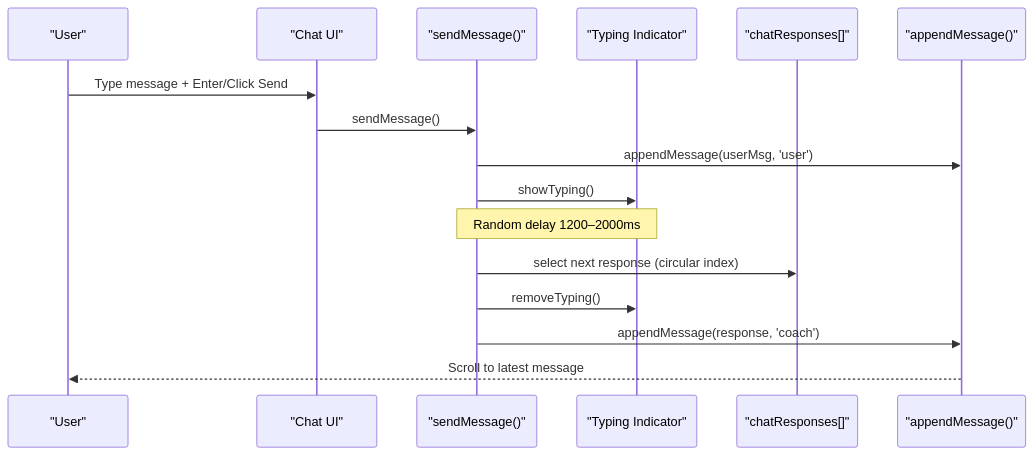
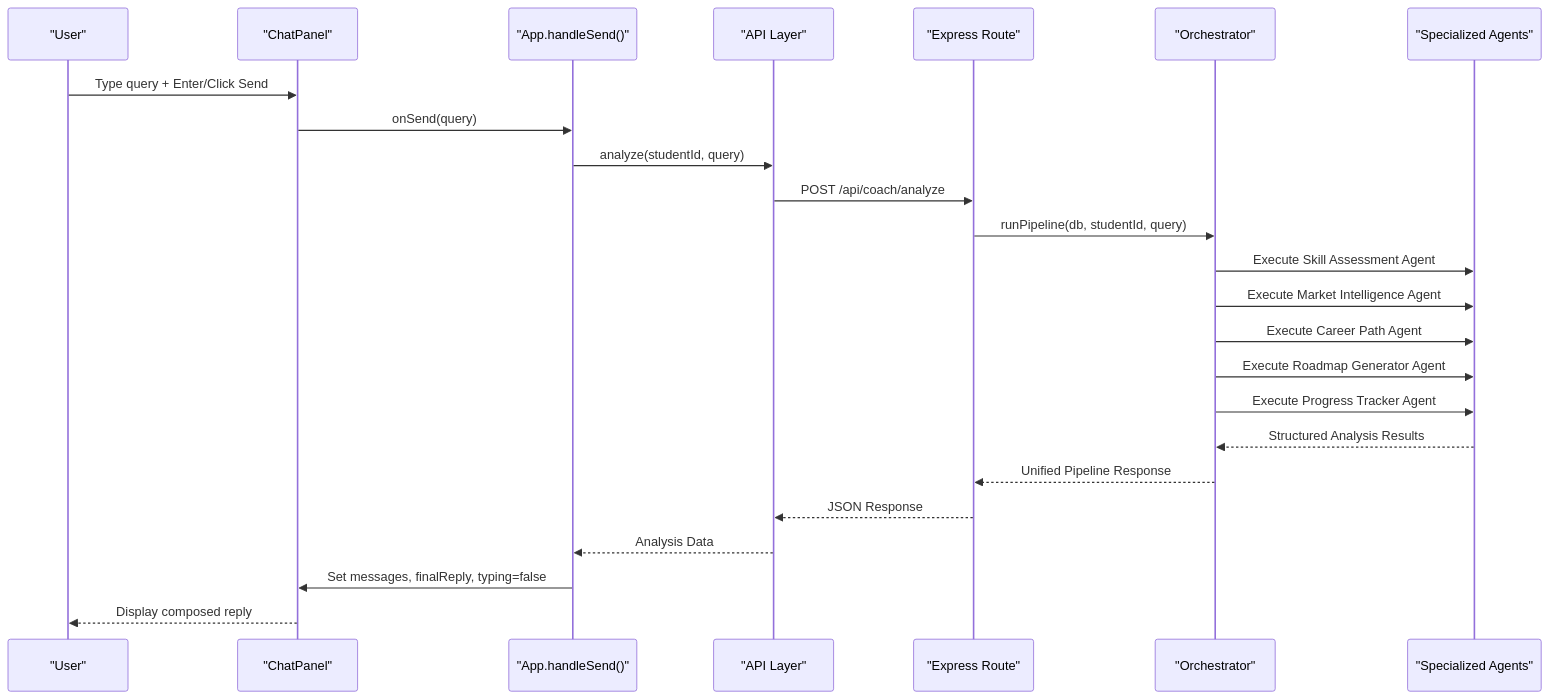
One commit to Alishba-Moin/CareerCompass changed the second of 3 diagrams in .qoder/repowiki/en/content/Core Features/AI Career Coach Interface.md. Above: the diagram before and after it, drawn with Mermaid. The commit also changed other lines of this file and 38 other files, not shown here.

Commit message:
Add Roadmap pdf download option

````diff
--- a/.qoder/repowiki/en/content/Core Features/AI Career Coach Interface.md
+++ b/.qoder/repowiki/en/content/Core Features/AI Career Coach Interface.md
@@ -78,18 +94,26 @@
 ```mermaid
 sequenceDiagram
 participant U as "User"
-participant C as "Chat UI"
-participant M as "sendMessage()"
-participant T as "Typing Indicator"
-participant R as "chatResponses[]"
-participant A as "appendMessage()"
-U->>C : Type message + Enter/Click Send
-C->>M : sendMessage()
-M->>A : appendMessage(userMsg, 'user')
-M->>T : showTyping()
-Note over M,T : Random delay 1200–2000ms
-M->>R : select next response (circular index)
-M->>T : removeTyping()
-M->>A : appendMessage(response, 'coach')
-A-->>U : Scroll to latest message
+participant C as "ChatPanel"
+participant A as "App.handleSend()"
+participant API as "API Layer"
+participant R as "Express Route"
+participant O as "Orchestrator"
+participant G as "Specialized Agents"
+U->>C : Type query + Enter/Click Send
+C->>A : onSend(query)
+A->>API : analyze(studentId, query)
+API->>R : POST /api/coach/analyze
+R->>O : runPipeline(db, studentId, query)
+O->>G : Execute Skill Assessment Agent
+O->>G : Execute Market Intelligence Agent
+O->>G : Execute Career Path Agent
+O->>G : Execute Roadmap Generator Agent
+O->>G : Execute Progress Tracker Agent
+G-->>O : Structured Analysis Results
+O-->>R : Unified Pipeline Response
+R-->>API : JSON Response
+API-->>A : Analysis Data
+A->>C : Set messages, finalReply, typing=false
+C-->>U : Display composed reply
 ```
````
